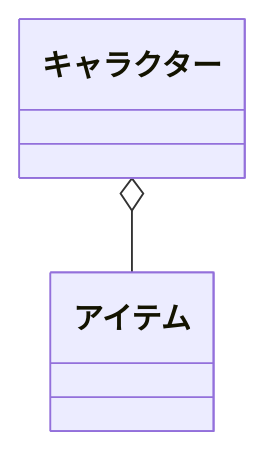
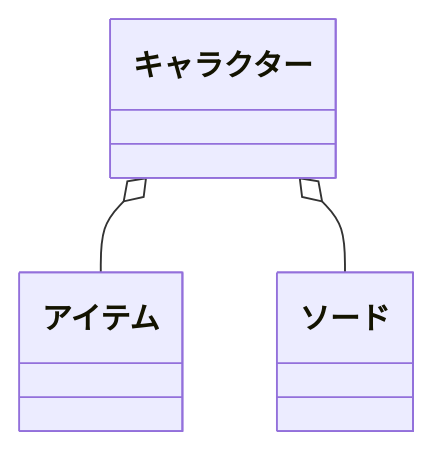
Before and after one commit to tpu-game-2023/mermaid_test: the third of 3 diagrams in README.md, drawn with Mermaid.

````diff
--- a/README.md
+++ b/README.md
@@ -65,4 +65,5 @@
 ```mermaid
 classDiagram
     キャラクター o-- アイテム
+    キャラクター o-- ソード
 ```
````
